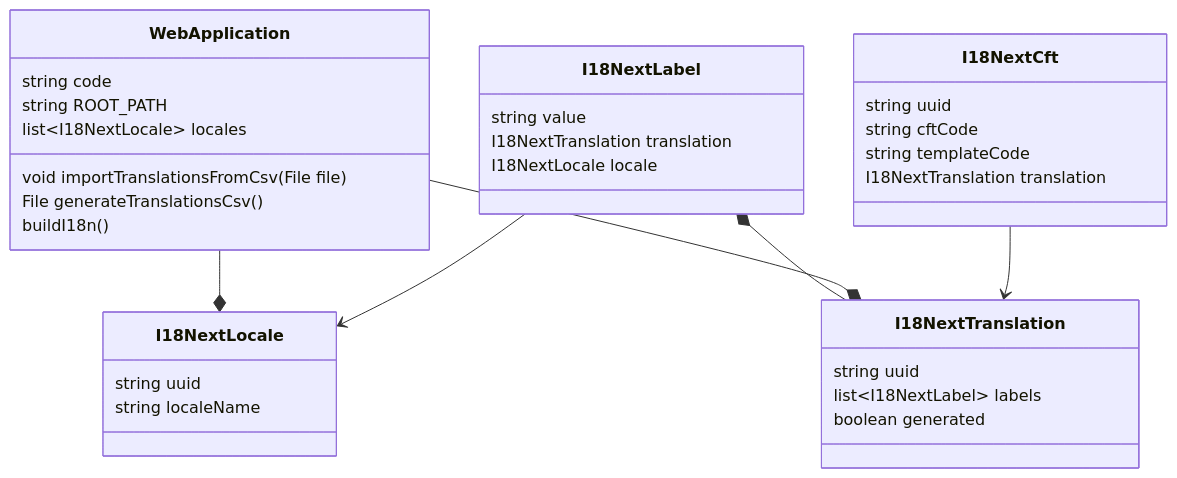
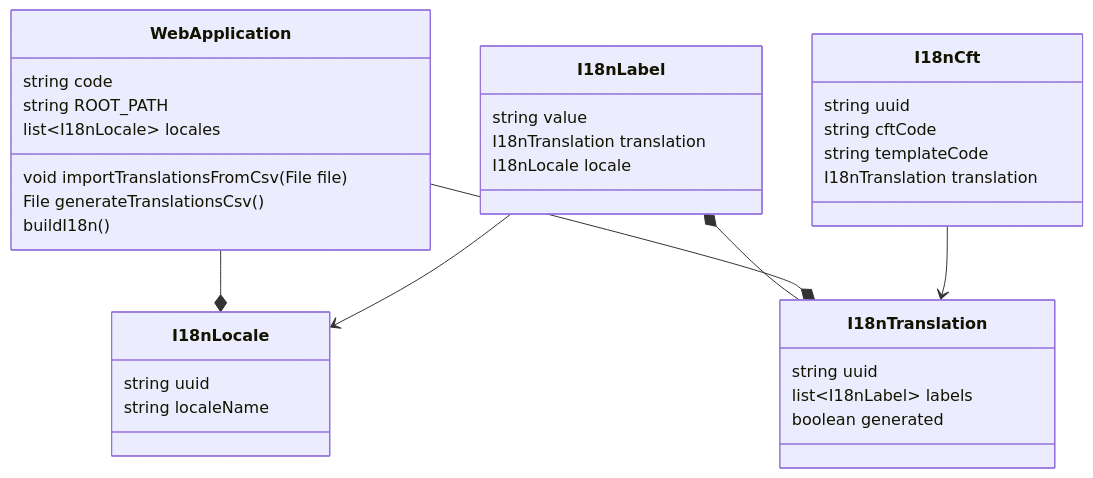
The diagram in specs/internationalization/README.md (meveo-org/module-webapprouter), drawn with Mermaid before and after one commit. The commit also changed other lines of this file, not shown here.

````diff
--- a/specs/internationalization/README.md
+++ b/specs/internationalization/README.md
@@ -5,36 +5,36 @@
 ```mermaid
 classDiagram
 class WebApplication {
     string code
     string ROOT_PATH
-    list~I18NextLocale~ locales
+    list~I18nLocale~ locales
     void importTranslationsFromCsv(File file)
     File generateTranslationsCsv()
     buildI18n()
 }
-class I18NextTranslation {
+class I18nTranslation {
     string uuid
-    list~I18NextLabel~ labels
+    list~I18nLabel~ labels
     boolean generated
 }
-class I18NextLocale {
+class I18nLocale {
    string uuid
    string localeName
 }
-class I18NextLabel {
+class I18nLabel {
    string value
-   I18NextTranslation translation
-   I18NextLocale locale
+   I18nTranslation translation
+   I18nLocale locale
 }
-class I18NextCft {
+class I18nCft {
     string uuid
     string cftCode
     string templateCode
-    I18NextTranslation translation
+    I18nTranslation translation
 }
-WebApplication --* I18NextLocale
-I18NextLabel *-- I18NextTranslation
-WebApplication --* I18NextTranslation
-I18NextCft --> I18NextTranslation
-I18NextLabel --> I18NextLocale
+WebApplication --* I18nLocale
+I18nLabel *-- I18nTranslation
+WebApplication --* I18nTranslation
+I18nCft --> I18nTranslation
+I18nLabel --> I18nLocale
 ```
````
